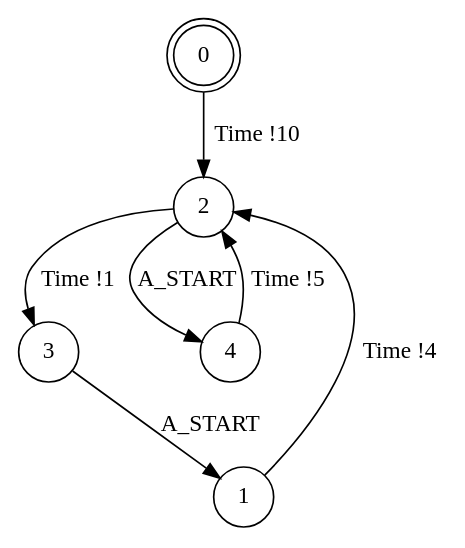
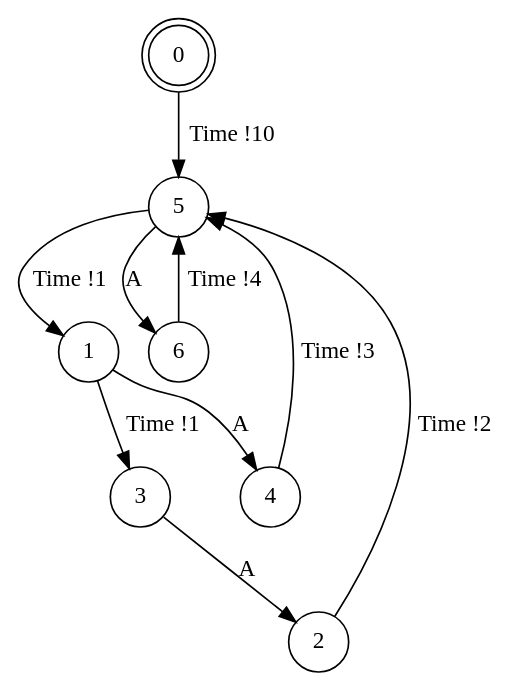
One commit to irmanfaqrizal/ptsv changed the diagram in experiments/simple-A-min.dot. Above: the diagram before and after it, drawn with Graphviz. The commit also changed 146 other files, not shown here.

```diff
--- a/experiments/simple-A-min.dot
+++ b/experiments/simple-A-min.dot
@@ -1,12 +1,15 @@
 digraph BCG {
 size = "7, 10.5";
 center = TRUE;
 node [shape = circle];
 0 [peripheries = 2];
-0 -> 2 [label = "Time !10"];
-1 -> 2 [label = "Time !4"];
-2 -> 3 [label = "Time !1"];
-2 -> 4 [label = "A_START"];
-3 -> 1 [label = "A_START"];
-4 -> 2 [label = "Time !5"];
+0 -> 5 [label = "Time !10"];
+1 -> 3 [label = "Time !1"];
+1 -> 4 [label = "A"];
+2 -> 5 [label = "Time !2"];
+3 -> 2 [label = "A"];
+4 -> 5 [label = "Time !3"];
+5 -> 6 [label = "A"];
+5 -> 1 [label = "Time !1"];
+6 -> 5 [label = "Time !4"];
 }
```
